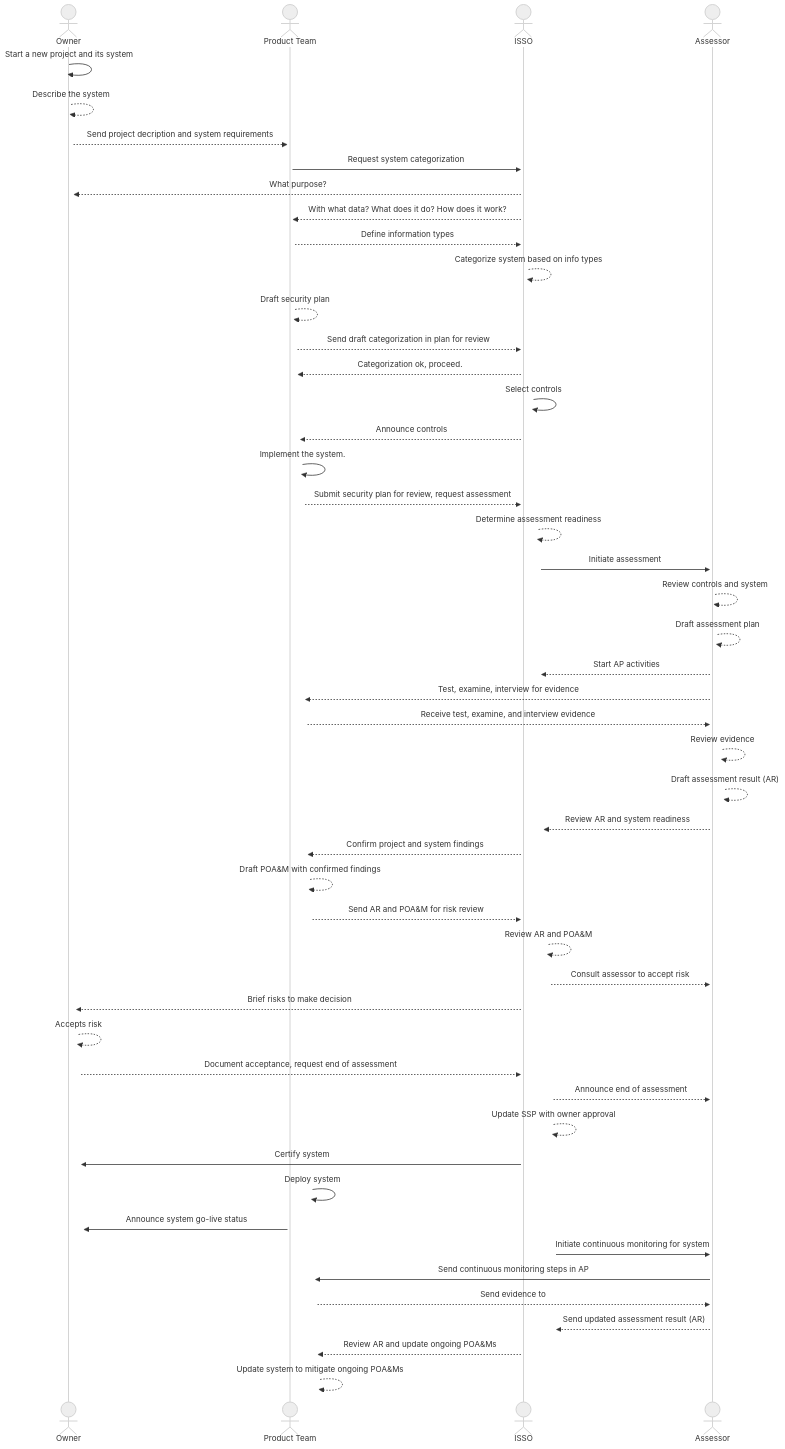
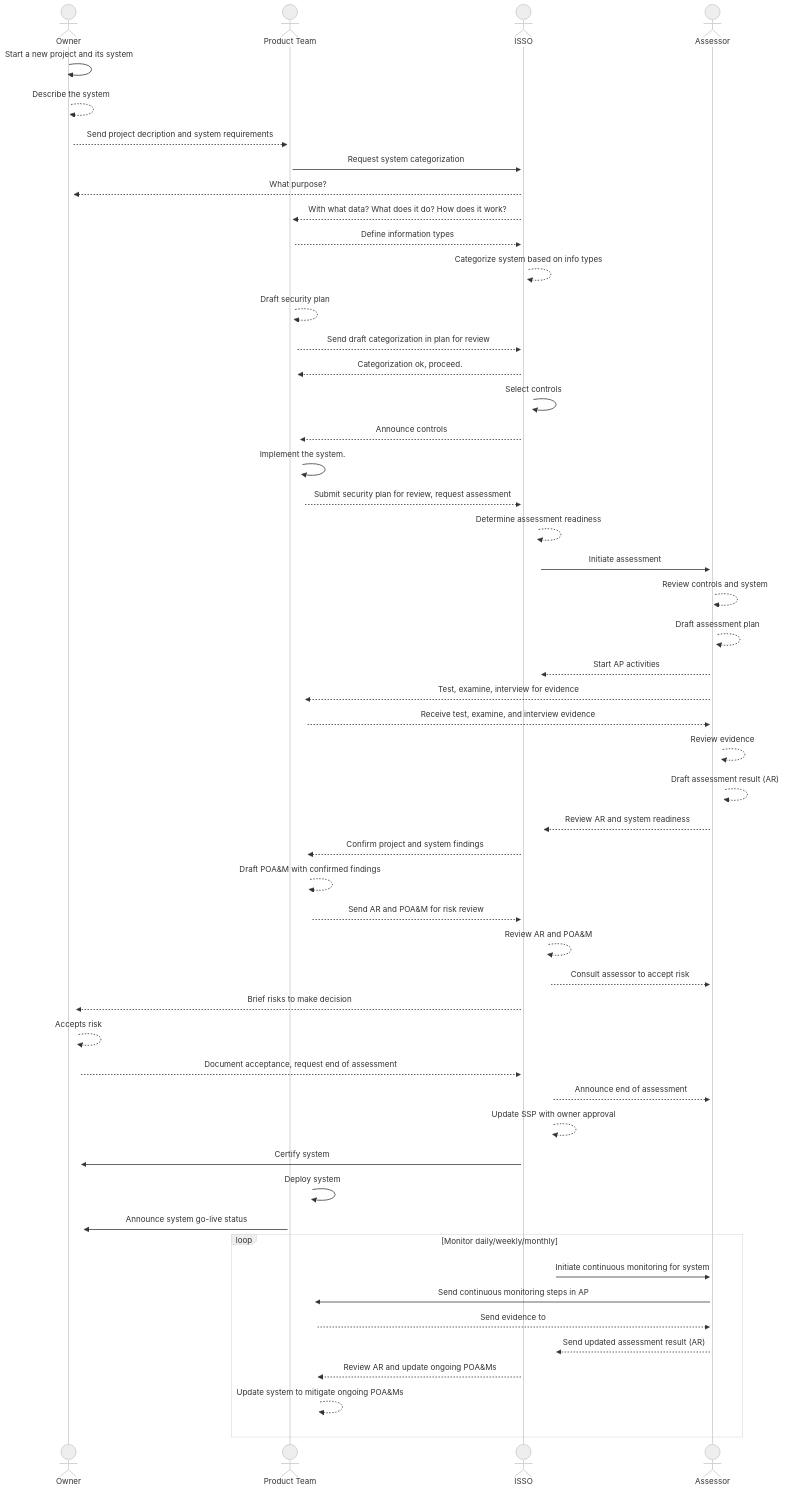
One commit to aj-stein-nist/oscal-2023-workshop changed the diagram in docs/support/overview.mermaid. Above: the diagram before and after it, drawn with Mermaid (neutral theme).

Commit message:
ConMon as a loop.

```diff
--- a/docs/support/overview.mermaid
+++ b/docs/support/overview.mermaid
@@ -1,56 +1,58 @@
 sequenceDiagram
     actor Owner
     actor Product Team
     actor ISSO
     actor Assessor
     %% Prepare
     Owner->>+Owner: Start a new project and its system
     Owner-->>+Owner: Describe the system
     Owner-->>+Product Team: Send project decription and system requirements
     %% Categorize
     Product Team->>+ISSO: Request system categorization
     ISSO-->>+Owner: What purpose?
     ISSO-->>+Product Team: With what data? What does it do? How does it work?
     Product Team-->>+ISSO: Define information types
     ISSO-->>+ISSO: Categorize system based on info types
     Product Team-->>+Product Team: Draft security plan
     Product Team-->>+ISSO: Send draft categorization in plan for review
     ISSO-->>+Product Team: Categorization ok, proceed.
     %% Select controls
     ISSO->>+ISSO: Select controls
     ISSO-->>+Product Team: Announce controls
     %% Implement system and controls
     Product Team->>+Product Team: Implement the system.
     Product Team-->>+ISSO: Submit security plan for review, request assessment
     ISSO-->>+ISSO: Determine assessment readiness
     %% Assess
     ISSO->>+Assessor: Initiate assessment
     Assessor-->>+Assessor: Review controls and system
     Assessor-->>+Assessor: Draft assessment plan
     Assessor-->>+ISSO: Start AP activities
     Assessor-->>+Product Team: Test, examine, interview for evidence
     Product Team-->>+Assessor: Receive test, examine, and interview evidence
     Assessor-->>+Assessor: Review evidence
     Assessor-->>+Assessor: Draft assessment result (AR)
     Assessor-->>+ISSO: Review AR and system readiness
     ISSO-->>+Product Team: Confirm project and system findings
     Product Team-->>+Product Team: Draft POA&M with confirmed findings
     Product Team-->>+ISSO: Send AR and POA&M for risk review
     ISSO-->>+ISSO: Review AR and POA&M
     ISSO-->>+Assessor: Consult assessor to accept risk
     ISSO-->>+Owner: Brief risks to make decision
     Owner-->>+Owner: Accepts risk
     Owner-->>+ISSO: Document acceptance, request end of assessment
     ISSO-->>+Assessor: Announce end of assessment
     %% Authorize
     ISSO-->>+ISSO: Update SSP with owner approval
     ISSO->>+Owner: Certify system
     Product Team->>+Product Team: Deploy system
     Product Team->>+Owner: Announce system go-live status
     %% Continuously monitor controls
-    ISSO->>+Assessor: Initiate continuous monitoring for system
-    Assessor->>+Product Team: Send continuous monitoring steps in AP
-    Product Team-->>+Assessor: Send evidence to 
-    Assessor-->>+ISSO: Send updated assessment result (AR)
-    ISSO-->>+Product Team: Review AR and update ongoing POA&Ms
-    Product Team-->>+Product Team: Update system to mitigate ongoing POA&Ms
+    loop Monitor daily/weekly/monthly
+        ISSO->>+Assessor: Initiate continuous monitoring for system
+        Assessor->>+Product Team: Send continuous monitoring steps in AP
+        Product Team-->>+Assessor: Send evidence to 
+        Assessor-->>+ISSO: Send updated assessment result (AR)
+        ISSO-->>+Product Team: Review AR and update ongoing POA&Ms
+        Product Team-->>+Product Team: Update system to mitigate ongoing POA&Ms
+    end
```
